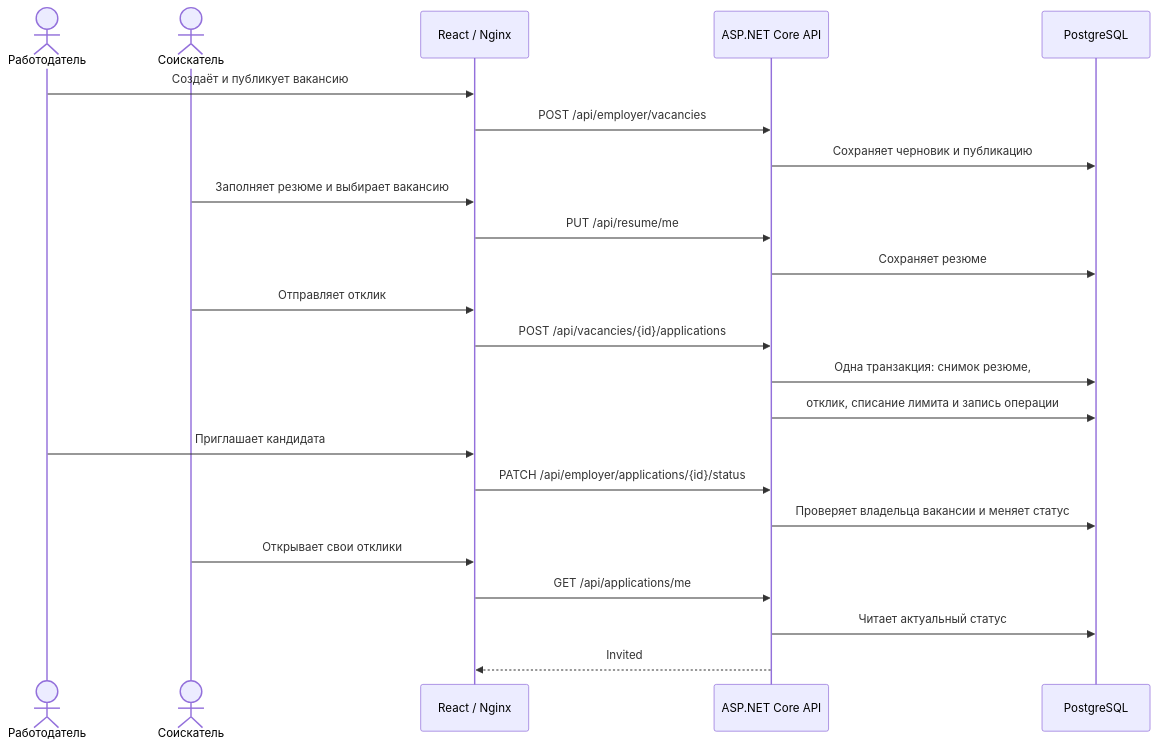
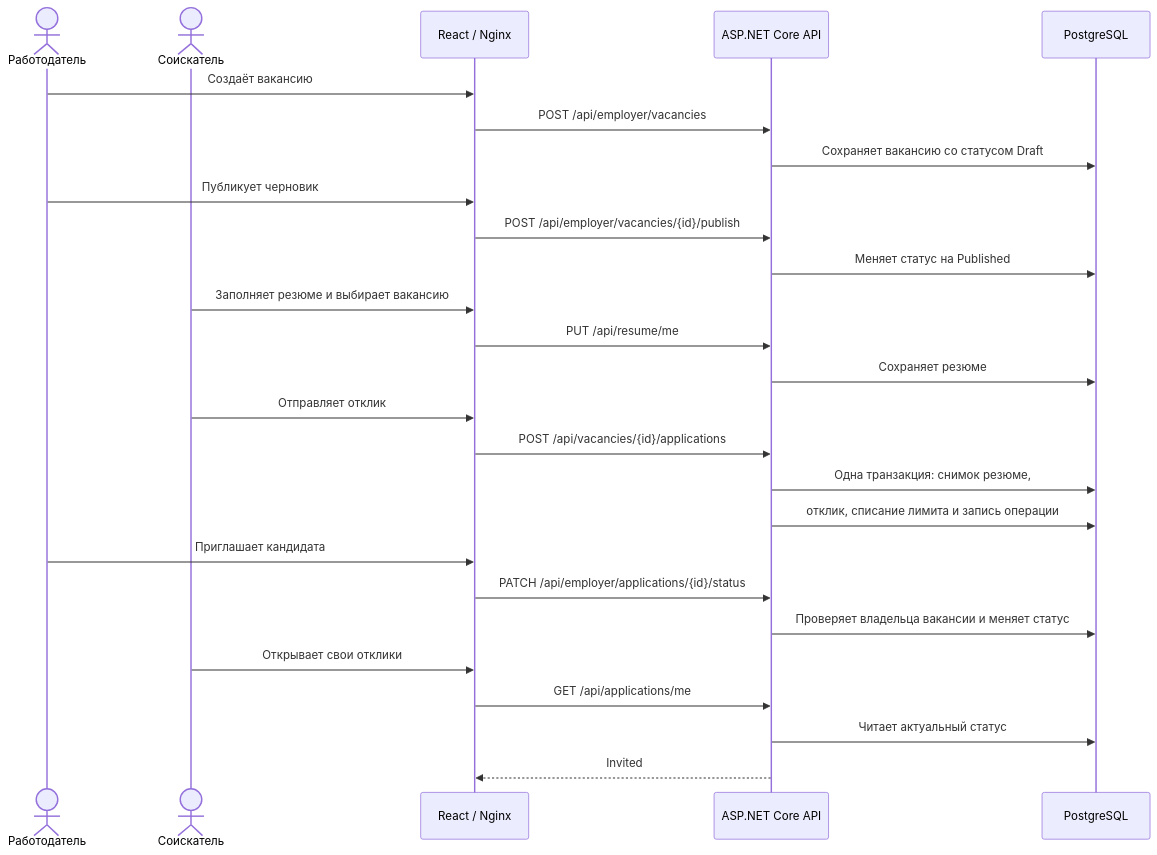
Before and after one commit to CODEXSQUAD/jobmatch-docs: the third of 3 diagrams in architecture/overview.md, drawn with Mermaid. The commit also changed other lines of this file and 1 other file, not shown here.

````diff
--- a/architecture/overview.md
+++ b/architecture/overview.md
@@ -63,30 +83,33 @@
 ```mermaid
 sequenceDiagram
     actor Employer as Работодатель
     actor Candidate as Соискатель
     participant UI as React / Nginx
     participant API as ASP.NET Core API
     participant DB as PostgreSQL
 
-    Employer->>UI: Создаёт и публикует вакансию
+    Employer->>UI: Создаёт вакансию
     UI->>API: POST /api/employer/vacancies
-    API->>DB: Сохраняет черновик и публикацию
+    API->>DB: Сохраняет вакансию со статусом Draft
+    Employer->>UI: Публикует черновик
+    UI->>API: POST /api/employer/vacancies/{id}/publish
+    API->>DB: Меняет статус на Published
 
     Candidate->>UI: Заполняет резюме и выбирает вакансию
     UI->>API: PUT /api/resume/me
     API->>DB: Сохраняет резюме
 
     Candidate->>UI: Отправляет отклик
     UI->>API: POST /api/vacancies/{id}/applications
     API->>DB: Одна транзакция: снимок резюме,
     API->>DB: отклик, списание лимита и запись операции
 
     Employer->>UI: Приглашает кандидата
     UI->>API: PATCH /api/employer/applications/{id}/status
     API->>DB: Проверяет владельца вакансии и меняет статус
 
     Candidate->>UI: Открывает свои отклики
     UI->>API: GET /api/applications/me
     API->>DB: Читает актуальный статус
     API-->>UI: Invited
 ```
````
